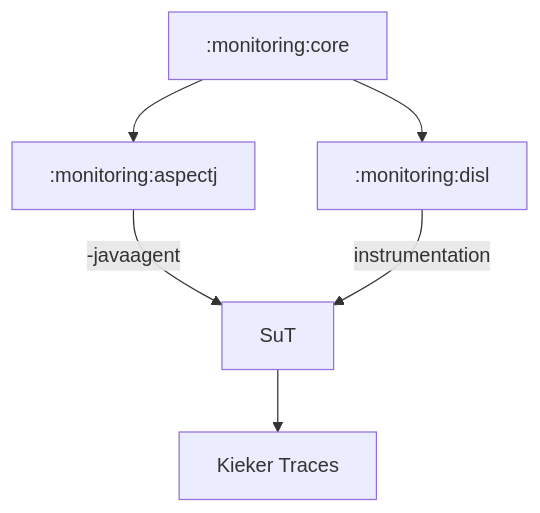
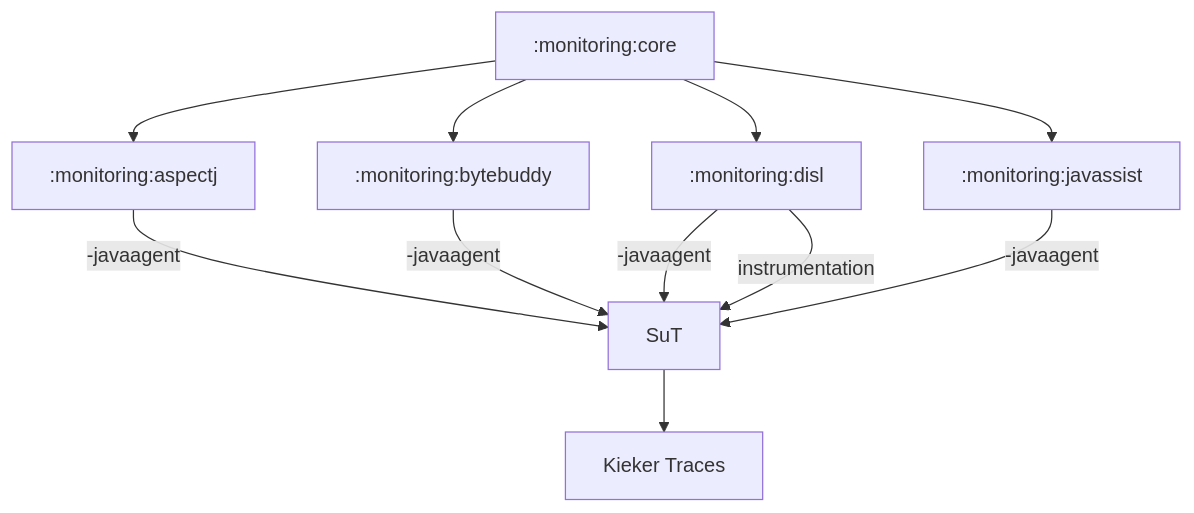
Before and after one commit to kieker-monitoring/kieker: the diagram in monitoring/README.md, drawn with Mermaid. The commit also changed 5 other files, not shown here.

````diff
--- a/monitoring/README.md
+++ b/monitoring/README.md
@@ -10,8 +10,13 @@
 ```mermaid
 graph TD;
 	:monitoring:core-->:monitoring:aspectj;
+	:monitoring:core-->:monitoring:bytebuddy;
 	:monitoring:core-->:monitoring:disl;
+	:monitoring:core-->:monitoring:javassist;
 	:monitoring:aspectj-- -javaagent -->SuT;
+	:monitoring:bytebuddy-- -javaagent -->SuT;
+	:monitoring:disl-- -javaagent -->SuT;
+	:monitoring:javassist-- -javaagent -->SuT;
 	:monitoring:disl-- instrumentation -->SuT;
 	SuT-->id1[Kieker Traces];
 ```
````
